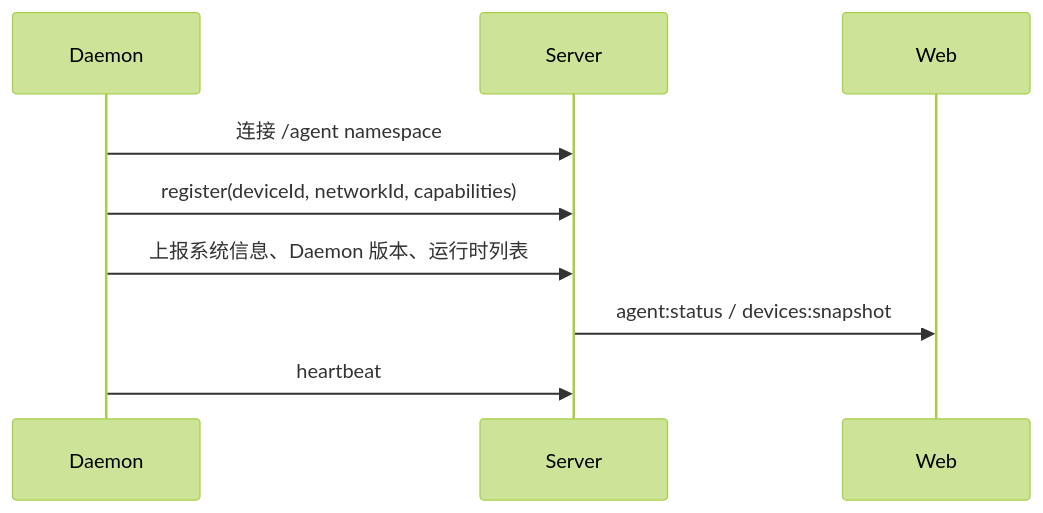
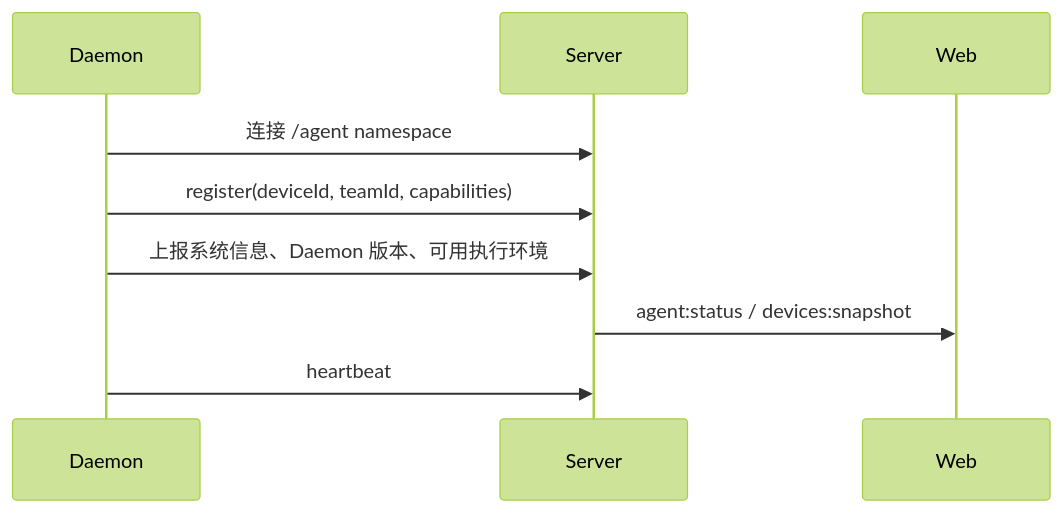
One commit to xiaojichao/agentbean changed the second of 6 diagrams in README.md. Above: the diagram before and after it, drawn with Mermaid (forest theme). The commit also changed other lines of this file and 8 other files, not shown here.

````diff
--- a/README.md
+++ b/README.md
@@ -107,12 +107,12 @@
 ```mermaid
 sequenceDiagram
   participant D as Daemon
   participant S as Server
   participant W as Web
 
   D->>S: 连接 /agent namespace
-  D->>S: register(deviceId, networkId, capabilities)
-  D->>S: 上报系统信息、Daemon 版本、运行时列表
+  D->>S: register(deviceId, teamId, capabilities)
+  D->>S: 上报系统信息、Daemon 版本、可用执行环境
   S->>W: agent:status / devices:snapshot
   D->>S: heartbeat
 ```
````
